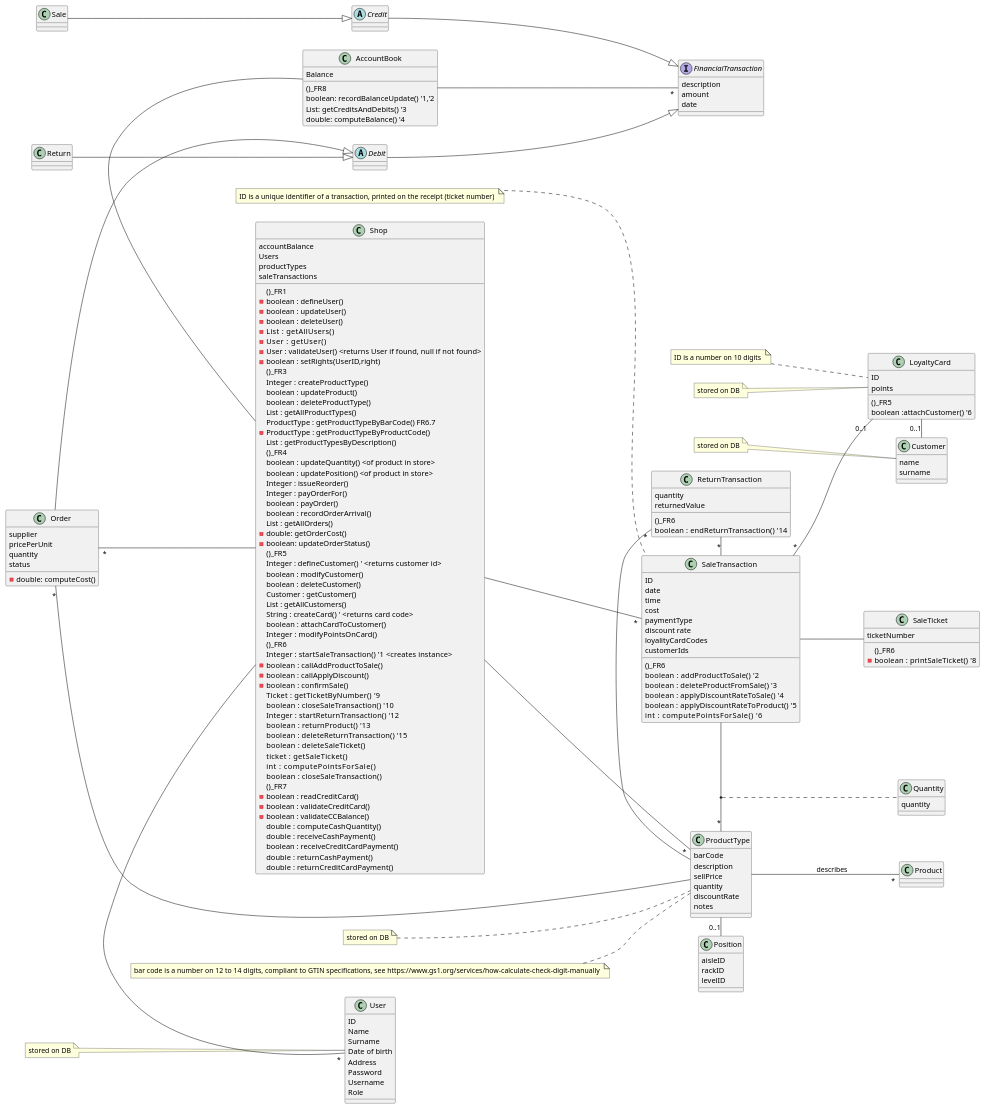
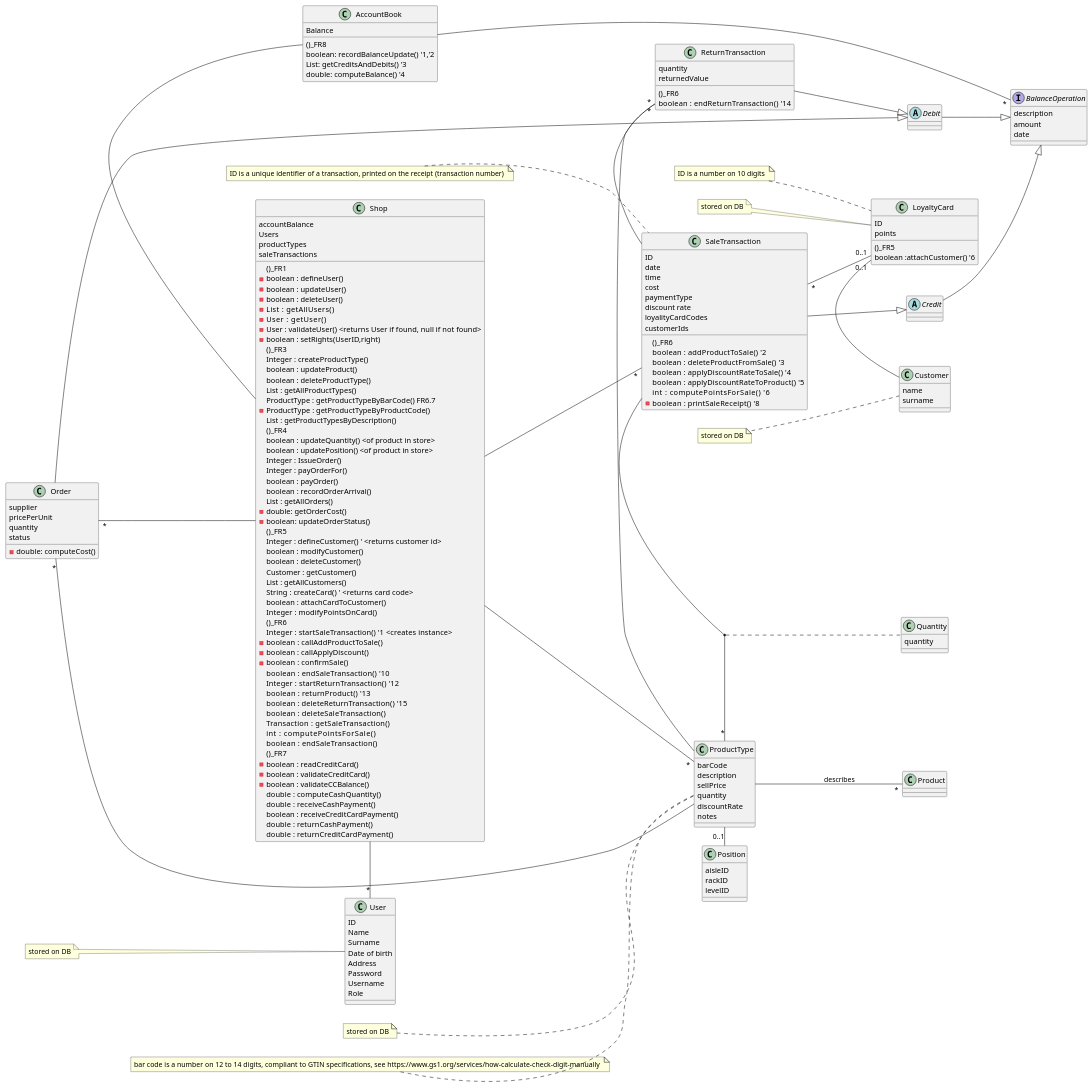
Before and after one commit to zitabou/EZShop: the second of 31 diagrams in Deliverables/DesignDocument.md, drawn with PlantUML. The commit also changed other lines of this file, not shown here.

```diff
--- a/Deliverables/DesignDocument.md
+++ b/Deliverables/DesignDocument.md
@@ -74,7 +74,7 @@
     ()_FR4
     boolean : updateQuantity() <of product in store>
     boolean : updatePosition() <of product in store>
-    Integer : issueReorder()
+    Integer : IssueOrder()
     Integer : payOrderFor()
     boolean : payOrder()
     boolean : recordOrderArrival()
@@ -95,15 +95,14 @@
     -boolean  : callAddProductToSale()
     -boolean  : callApplyDiscount()
     -boolean  : confirmSale()
-    Ticket    : getTicketByNumber() '9
-    boolean   : closeSaleTransaction() '10
+    boolean   : endSaleTransaction() '10
     Integer   : startReturnTransaction() '12
     boolean   : returnProduct() '13
     boolean   : deleteReturnTransaction() '15
-    boolean   : deleteSaleTicket()
-    ticket    : getSaleTicket()
+    boolean   : deleteSaleTransaction()
+    Transaction    : getSaleTransaction()
     int       : computePointsForSale()
-    boolean   : closeSaleTransaction()
+    boolean   : endSaleTransaction()
     ()_FR7
     -boolean : readCreditCard()
     -boolean : validateCreditCard()
@@ -138,25 +137,22 @@
 }
 AccountBook - Shop
 
-interface FinancialTransaction {
+interface BalanceOperation {
     description
     amount
     date
 }
-AccountBook -- "*" FinancialTransaction
+AccountBook -- "*" BalanceOperation
 
 abstract class Credit 
 abstract class Debit
 
-Credit --|> FinancialTransaction
-Debit --|> FinancialTransaction
-
-class Sale
-class Return
+Credit --|> BalanceOperation
+Debit --|> BalanceOperation
 
 Order --|> Debit
-Sale --|> Credit
-Return --|> Debit
+SaleTransaction --|> Credit
+ReturnTransaction --|> Debit
 
 
 class ProductType{
@@ -185,6 +181,7 @@
     boolean   : applyDiscountRateToSale() '4
     boolean   : applyDiscountRateToProduct() '5 
     int       : computePointsForSale() '6
+    -boolean   : printSaleReceipt() '8
     
 
 
@@ -193,12 +190,8 @@
 Shop --"*" SaleTransaction
 SaleTransaction - "*" ProductType
 
-class SaleTicket{
-    ticketNumber
-    ()_FR6
-    -boolean   : printSaleTicket() '8
-}
-SaleTransaction -- SaleTicket
+
+
 
 class Quantity {
     quantity
@@ -259,7 +252,7 @@
 N1 .. LoyaltyCard
 note "bar code is a number on 12 to 14  digits, compliant to GTIN specifications, see  https://www.gs1.org/services/how-calculate-check-digit-manually " as N2  
 N2 .. ProductType
-note "ID is a unique identifier of a transaction,  printed on the receipt (ticket number) " as N3
+note "ID is a unique identifier of a transaction,  printed on the receipt (transaction number) " as N3
 N3 .. SaleTransaction
 
 note "stored on DB" as S1
```
